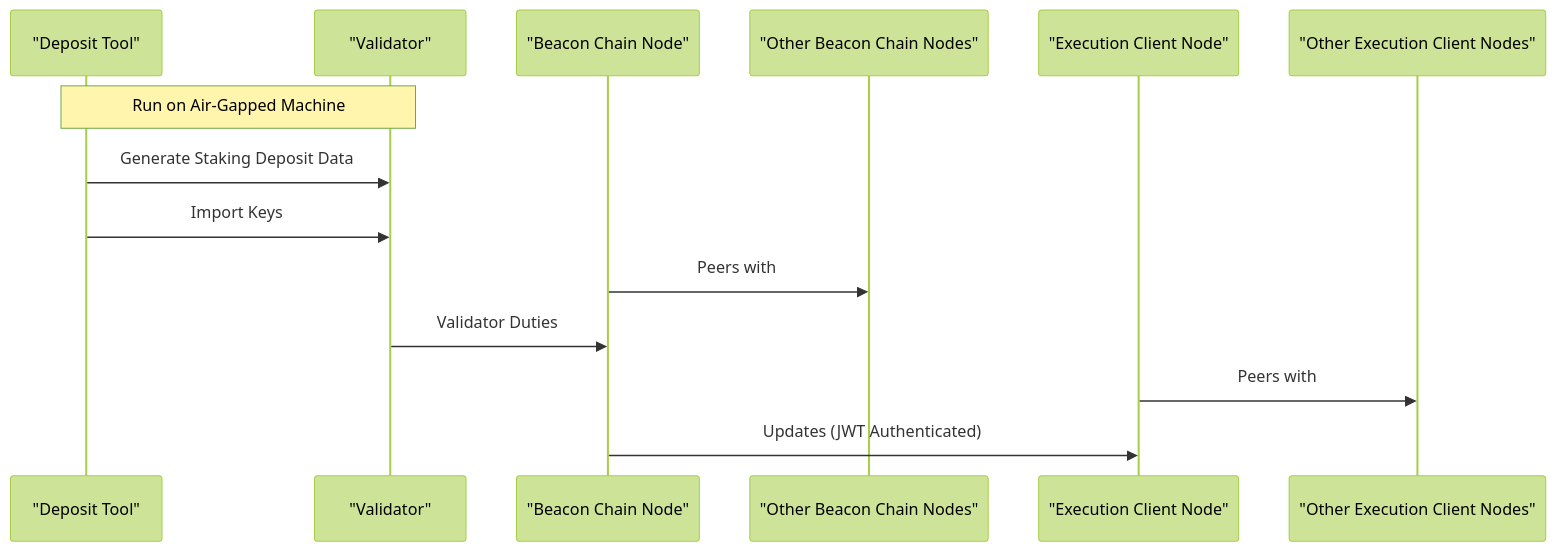
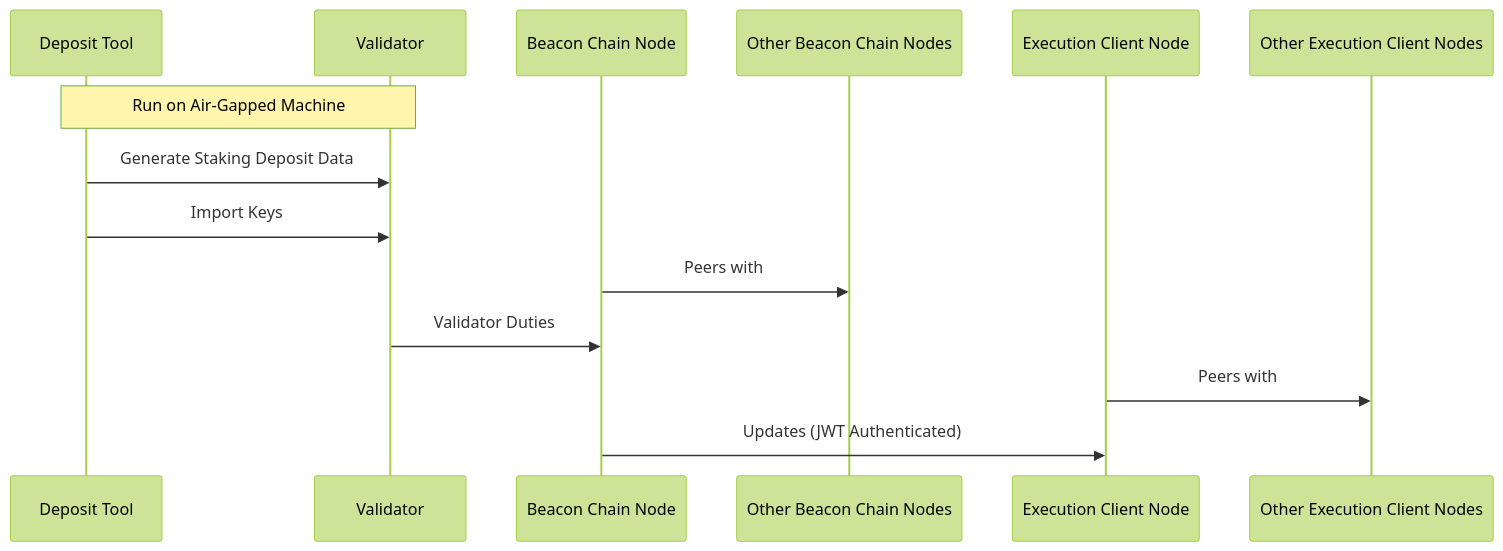
The diagram in README.md (endaoment/endaoment-validator), drawn with Mermaid (forest theme) before and after one commit.

Commit message:
Mermaid Chart Fix
There were quotes in the chart

````diff
--- a/README.md
+++ b/README.md
@@ -46,19 +46,19 @@
 ```mermaid
 sequenceDiagram
-    participant DepositTool as "Deposit Tool"
-    participant Validator as "Validator"
-    participant BNode as "Beacon Chain Node"
-    participant OBCNodes as "Other Beacon Chain Nodes"
-    participant ECNode as "Execution Client Node"
-    participant OECNodes as "Other Execution Client Nodes"
+    participant DepositTool as Deposit Tool
+    participant Validator as Validator
+    participant BNode as Beacon Chain Node
+    participant OBCNodes as Other Beacon Chain Nodes
+    participant ECNode as Execution Client Node
+    participant OECNodes as Other Execution Client Nodes
 
     Note over DepositTool,Validator: Run on Air-Gapped Machine
     DepositTool->>Validator: Generate Staking Deposit Data
     DepositTool->>Validator: Import Keys
 
     BNode->>OBCNodes: Peers with
     Validator->>BNode: Validator Duties
 
     ECNode->>OECNodes: Peers with
     BNode->>ECNode: Updates (JWT Authenticated)
 ```
````
